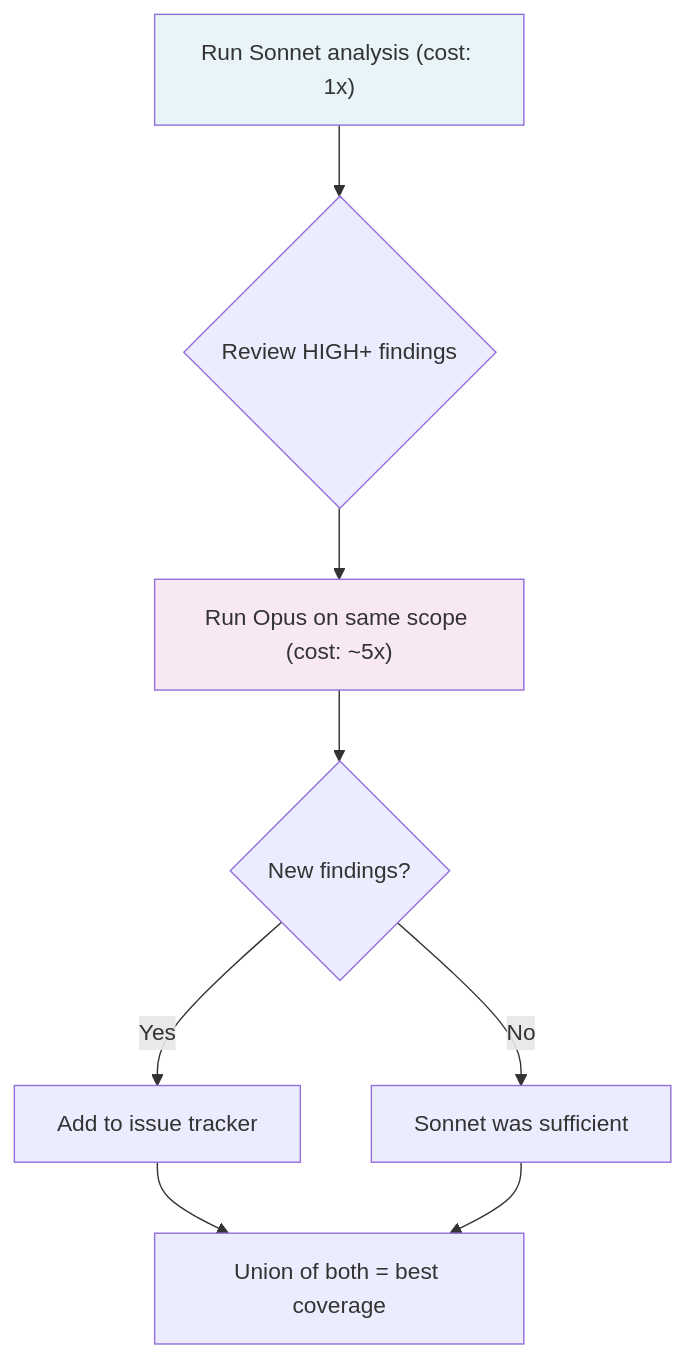
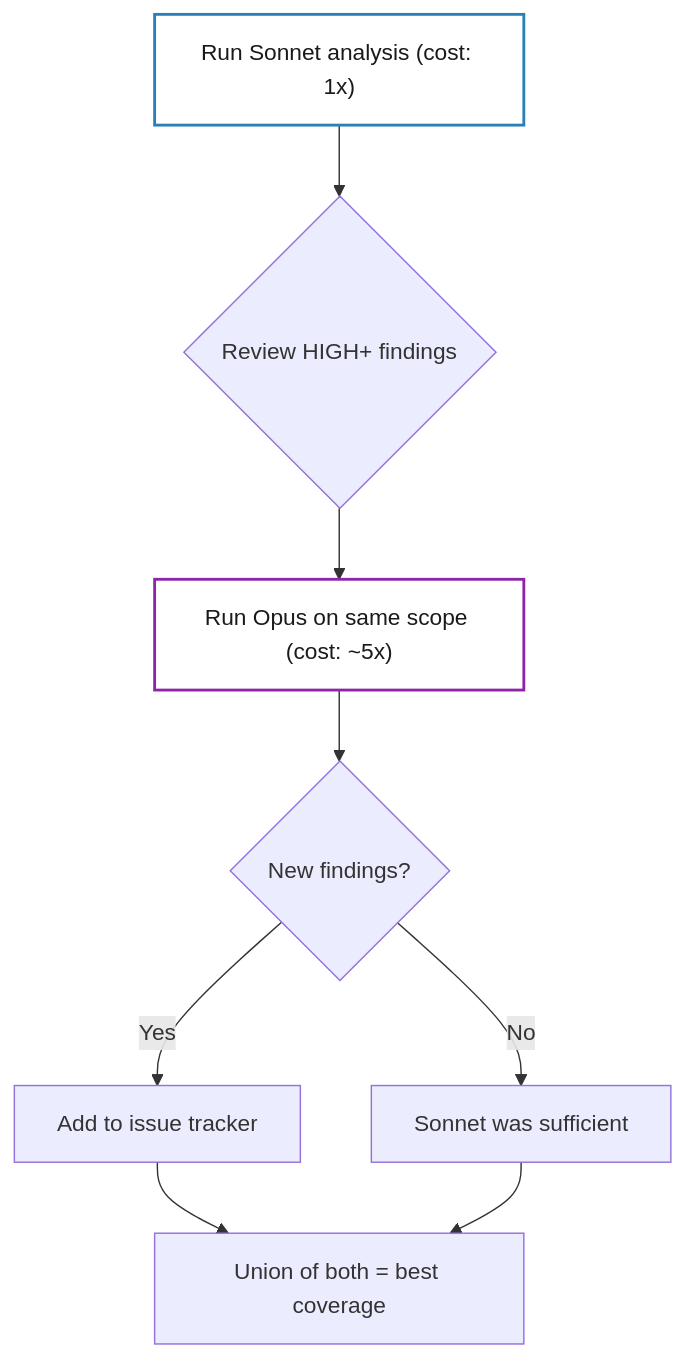
The fifth of 5 diagrams in src/content/blog/en/dual-model-code-review.md (INS-JVidal/beyond-vibe-coding), drawn with Mermaid before and after one commit. The commit also changed other lines of this file and 1 other file, not shown here.

First line of the commit message:
Style mermaid diagrams with high-contrast colors

````diff
--- a/src/content/blog/en/dual-model-code-review.md
+++ b/src/content/blog/en/dual-model-code-review.md
@@ -190,13 +190,13 @@
 ```mermaid
 flowchart TD
     A["Run Sonnet analysis (cost: 1x)"] --> B{"Review HIGH+ findings"}
     B --> C["Run Opus on same scope (cost: ~5x)"]
     C --> D{"New findings?"}
     D -->|"Yes"| E["Add to issue tracker"]
     D -->|"No"| F["Sonnet was sufficient"]
     E --> G["Union of both = best coverage"]
     F --> G
 
-    style A fill:#e8f4f8
-    style C fill:#f8e8f4
+    style A fill:#fff,stroke:#2980b9,stroke-width:2px,color:#1a1a1a
+    style C fill:#fff,stroke:#8e24aa,stroke-width:2px,color:#1a1a1a
 ```
````
